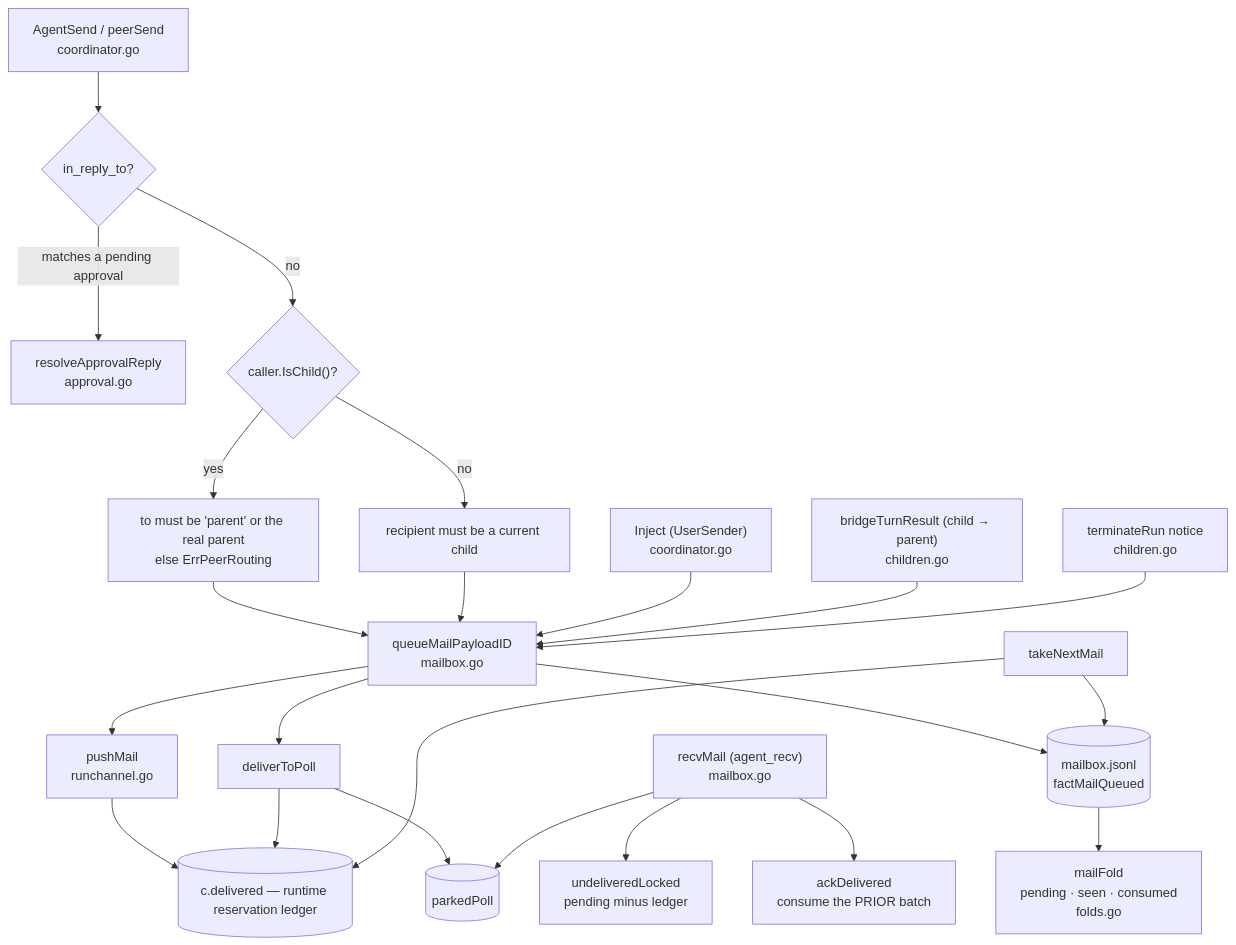
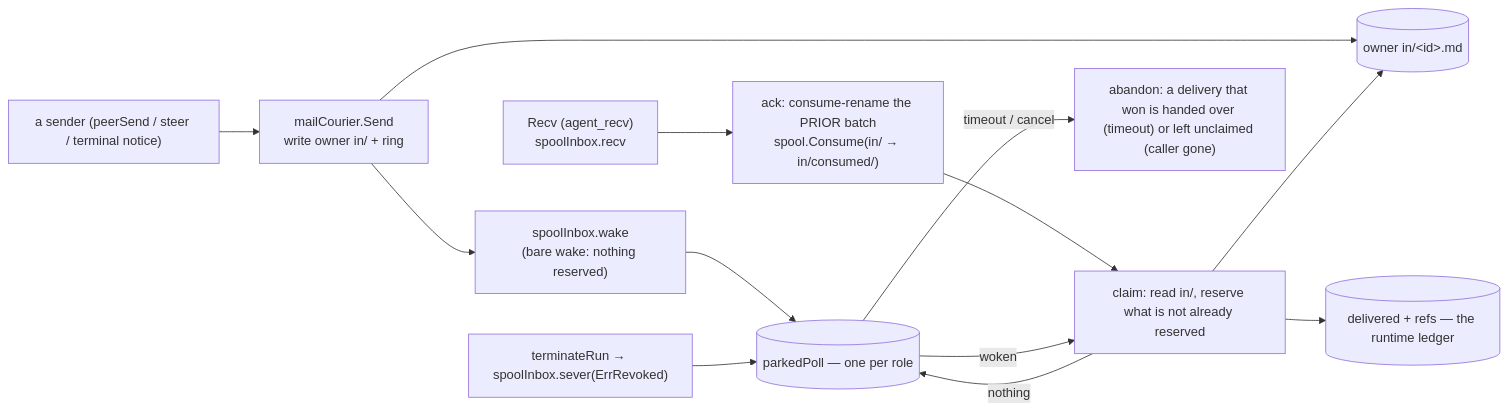
The diagram in docs/architecture/agentcoord/mailbox.md (ctxloom/ctxloom), drawn with Mermaid before and after one commit. The commit also changed other lines of this file and 7 other files, not shown here.

First line of the commit message:
docs(architecture): slice 10 as landed — §1.0 coord row, §1.1 coordgrpc, §1.7 bus; the agentcoord graphs

````diff
--- a/docs/architecture/agentcoord/mailbox.md
+++ b/docs/architecture/agentcoord/mailbox.md
@@ -10,26 +10,15 @@
 ```mermaid
-flowchart TD
-  AS["AgentSend / peerSend<br/>coordinator.go"] --> RAR{"in_reply_to?"}
-  RAR -->|matches a pending approval| APPR["resolveApprovalReply<br/>approval.go"]
-  RAR -->|no| ROUTE{"caller.IsChild()?"}
-  ROUTE -->|yes| PAR["to must be 'parent' or the real parent<br/>else ErrPeerRouting"]
-  ROUTE -->|no| KNOWN["recipient must be a current child"]
-  PAR --> QMP
-  KNOWN --> QMP["queueMailPayloadID<br/>mailbox.go"]
-  INJ["Inject (UserSender)<br/>coordinator.go"] --> QMP
-  BTR["bridgeTurnResult (child → parent)<br/>children.go"] --> QMP
-  TERM["terminateRun notice<br/>children.go"] --> QMP
-
-  QMP --> J[("mailbox.jsonl<br/>factMailQueued")]
-  J --> MF["mailFold<br/>pending · seen · consumed<br/>folds.go"]
-  QMP --> DTP["deliverToPoll"]
-  QMP --> PUSH["pushMail<br/>runchannel.go"]
-  DTP --> PP[("parkedPoll")]
-  PUSH --> LEDGER[("c.delivered — runtime reservation ledger")]
-  DTP --> LEDGER
-  RM["recvMail (agent_recv)<br/>mailbox.go"] --> ACK["ackDelivered<br/>consume the PRIOR batch"]
-  RM --> PP
-  RM --> UND["undeliveredLocked<br/>pending minus ledger"]
-  TNM["takeNextMail"] --> J
-  TNM --> LEDGER
+flowchart LR
+  SEND["a sender (peerSend / steer / terminal notice)"] --> COURIER["mailCourier.Send<br/>write owner in/ + ring"]
+  COURIER --> FILE[("owner in/&lt;id&gt;.md")]
+  COURIER --> WAKE["spoolInbox.wake<br/>(bare wake: nothing reserved)"]
+  WAKE --> POLL[("parkedPoll — one per role")]
+  RECV["Recv (agent_recv)<br/>spoolInbox.recv"] --> ACK["ack: consume-rename the PRIOR batch<br/>spool.Consume(in/ → in/consumed/)"]
+  ACK --> CLAIM["claim: read in/, reserve what is not already reserved"]
+  CLAIM --> FILE
+  CLAIM --> LEDGER[("delivered + refs — the runtime ledger")]
+  CLAIM -- nothing --> POLL
+  POLL -- woken --> CLAIM
+  POLL -- timeout / cancel --> ABANDON["abandon: a delivery that won is handed over (timeout) or left unclaimed (caller gone)"]
+  SEVER["terminateRun → spoolInbox.sever(ErrRevoked)"] --> POLL
 ```
````
